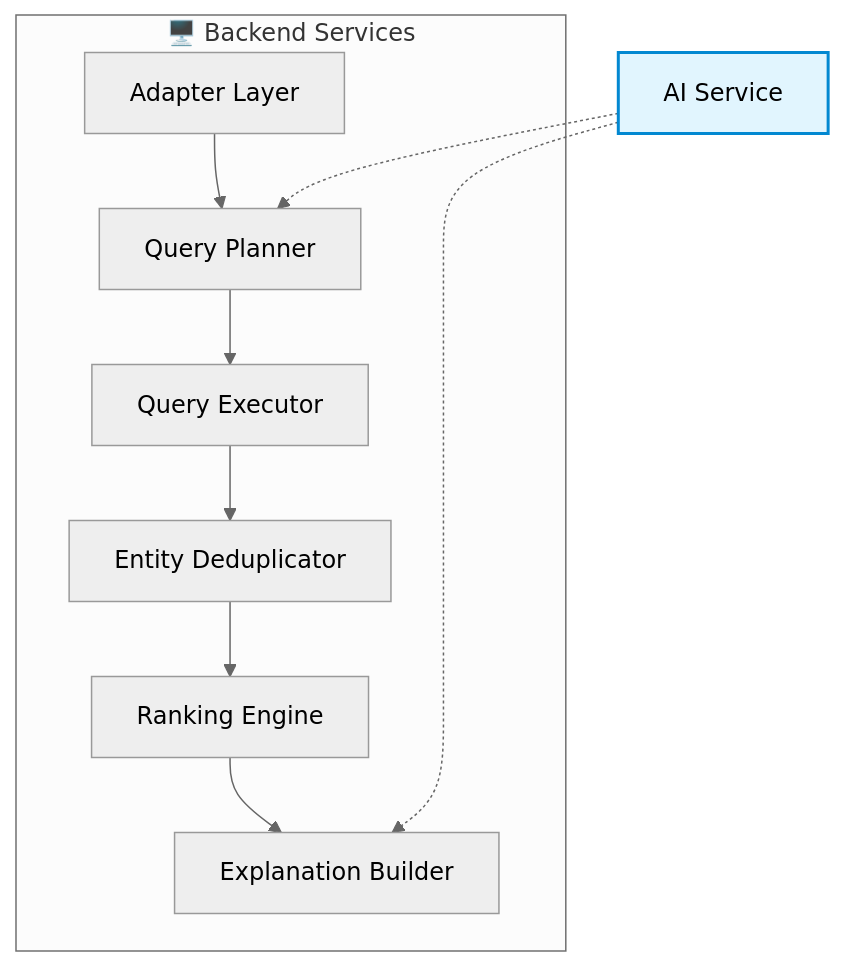
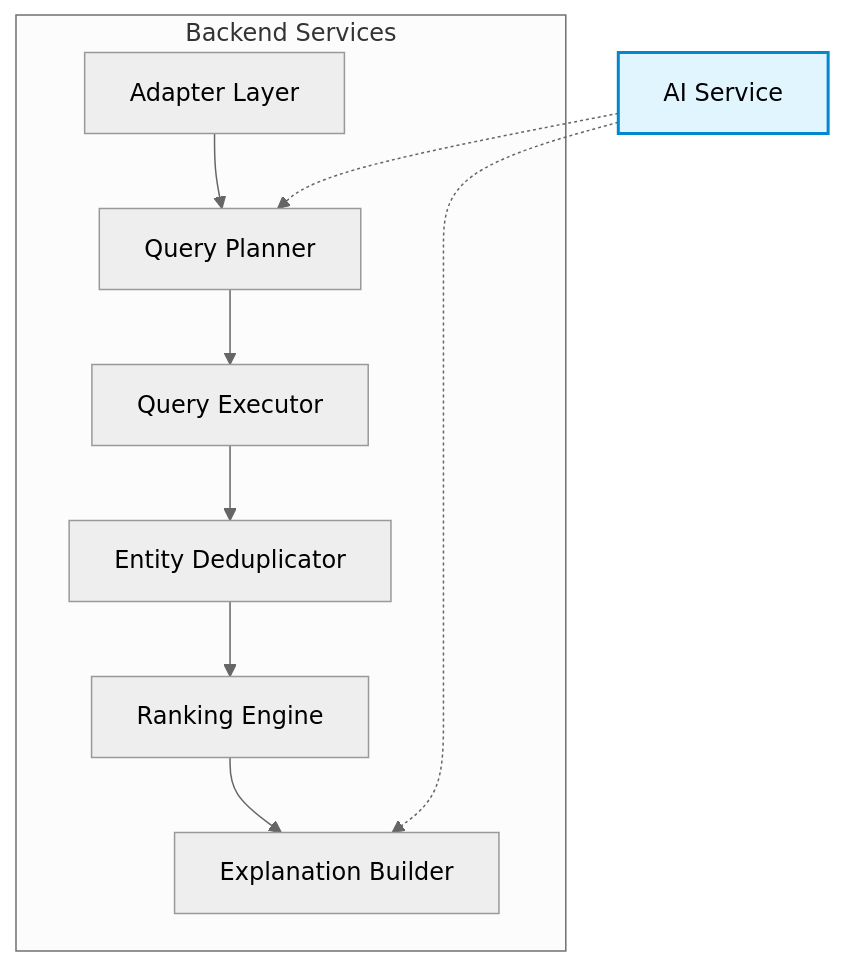
The ninth of 10 diagrams in README.md (Arjun-Walia/MERIDIAN-), drawn with Mermaid (neutral theme) before and after one commit. The commit also changed other lines of this file, not shown here.

````diff
--- a/README.md
+++ b/README.md
@@ -550,15 +460,15 @@
 ```mermaid
 graph TD
-    subgraph "🖥️ Backend Services"
+    subgraph "Backend Services"
         A[Adapter Layer] --> B[Query Planner]
         B --> C[Query Executor]
         C --> D[Entity Deduplicator]
         D --> E[Ranking Engine]
         E --> F[Explanation Builder]
     end
     
     G[AI Service] -.-> B
     G -.-> F
     
     style G fill:#e1f5fe,stroke:#0288d1,stroke-width:2px
 ```
````
